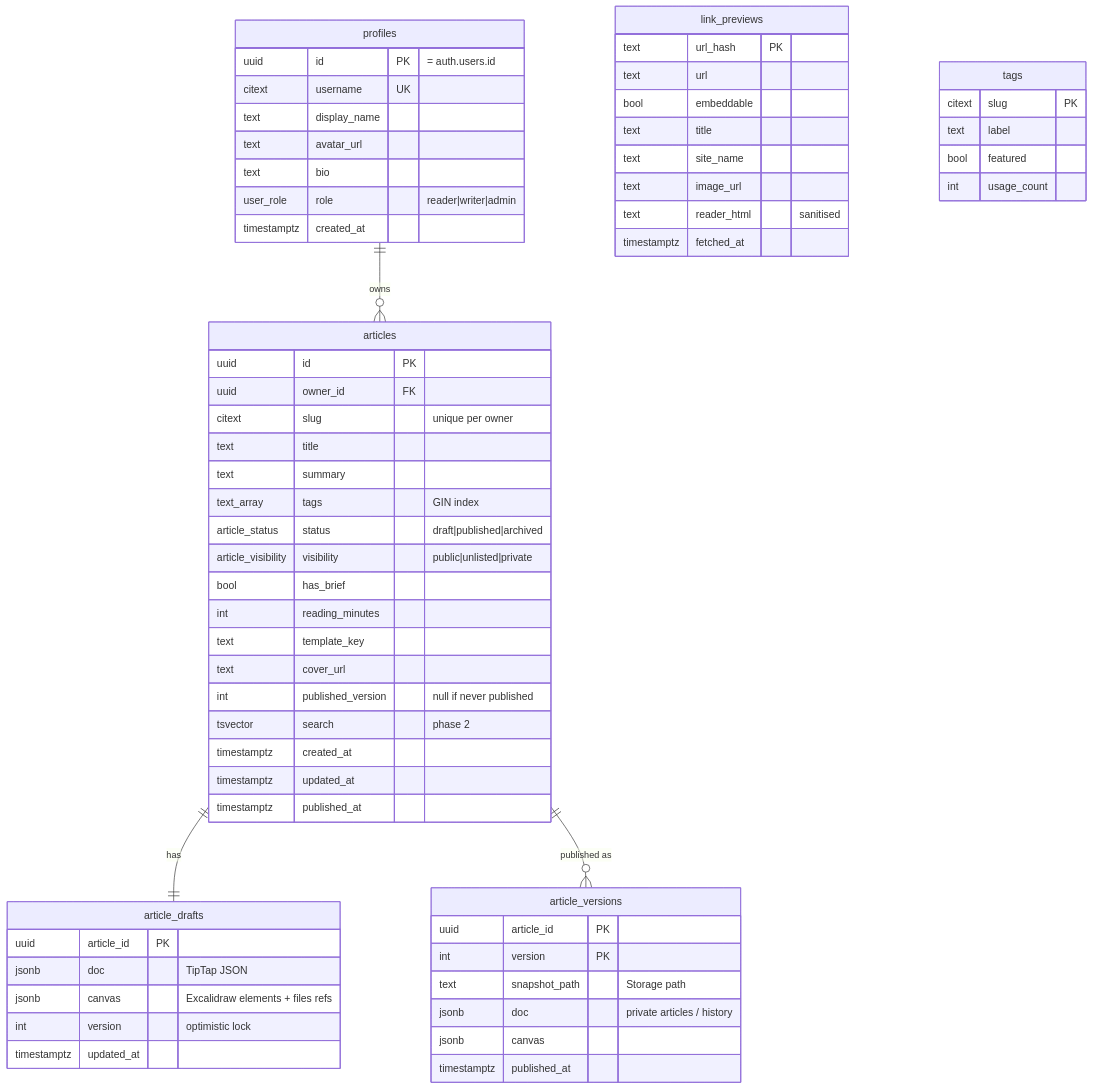
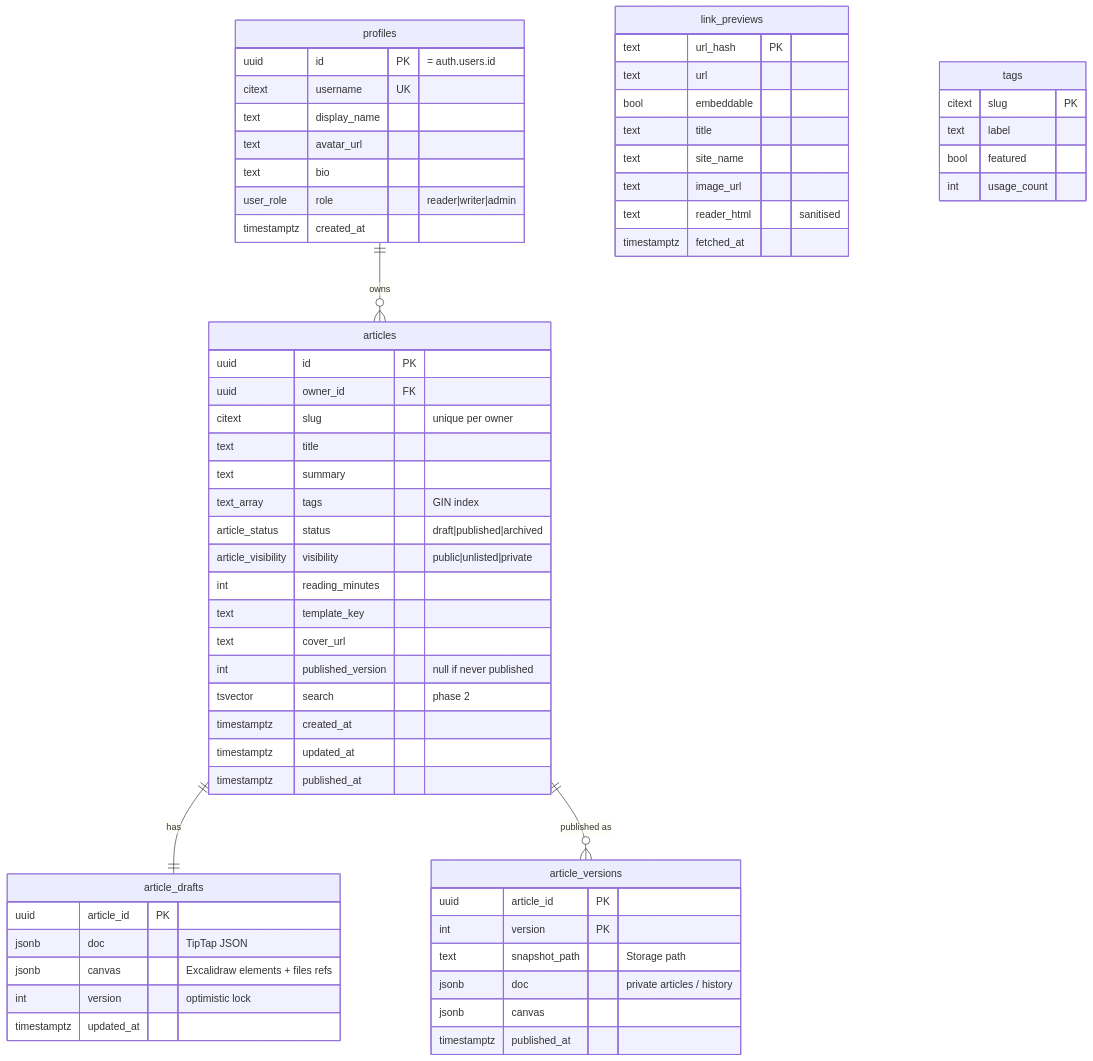
One commit to pankajsoni22/study-split-app changed the second of 2 diagrams in docs/01-product-and-architecture.md. Above: the diagram before and after it, drawn with Mermaid. The commit also changed other lines of this file and 29 other files, not shown here.

````diff
--- a/docs/01-product-and-architecture.md
+++ b/docs/01-product-and-architecture.md
@@ -544,65 +548,64 @@
 ```mermaid
 erDiagram
   profiles ||--o{ articles : owns
   articles ||--|| article_drafts : has
   articles ||--o{ article_versions : "published as"
   profiles {
     uuid id PK "= auth.users.id"
     citext username UK
     text display_name
     text avatar_url
     text bio
     user_role role "reader|writer|admin"
     timestamptz created_at
   }
   articles {
     uuid id PK
     uuid owner_id FK
     citext slug "unique per owner"
     text title
     text summary
     text_array tags "GIN index"
     article_status status "draft|published|archived"
     article_visibility visibility "public|unlisted|private"
-    bool has_brief
     int reading_minutes
     text template_key
     text cover_url
     int published_version "null if never published"
     tsvector search "phase 2"
     timestamptz created_at
     timestamptz updated_at
     timestamptz published_at
   }
   article_drafts {
     uuid article_id PK
     jsonb doc "TipTap JSON"
     jsonb canvas "Excalidraw elements + files refs"
     int version "optimistic lock"
     timestamptz updated_at
   }
   article_versions {
     uuid article_id PK
     int version PK
     text snapshot_path "Storage path"
     jsonb doc "private articles / history"
     jsonb canvas
     timestamptz published_at
   }
   link_previews {
     text url_hash PK
     text url
     bool embeddable
     text title
     text site_name
     text image_url
     text reader_html "sanitised"
     timestamptz fetched_at
   }
   tags {
     citext slug PK
     text label
     bool featured
     int usage_count
   }
 ```
````
